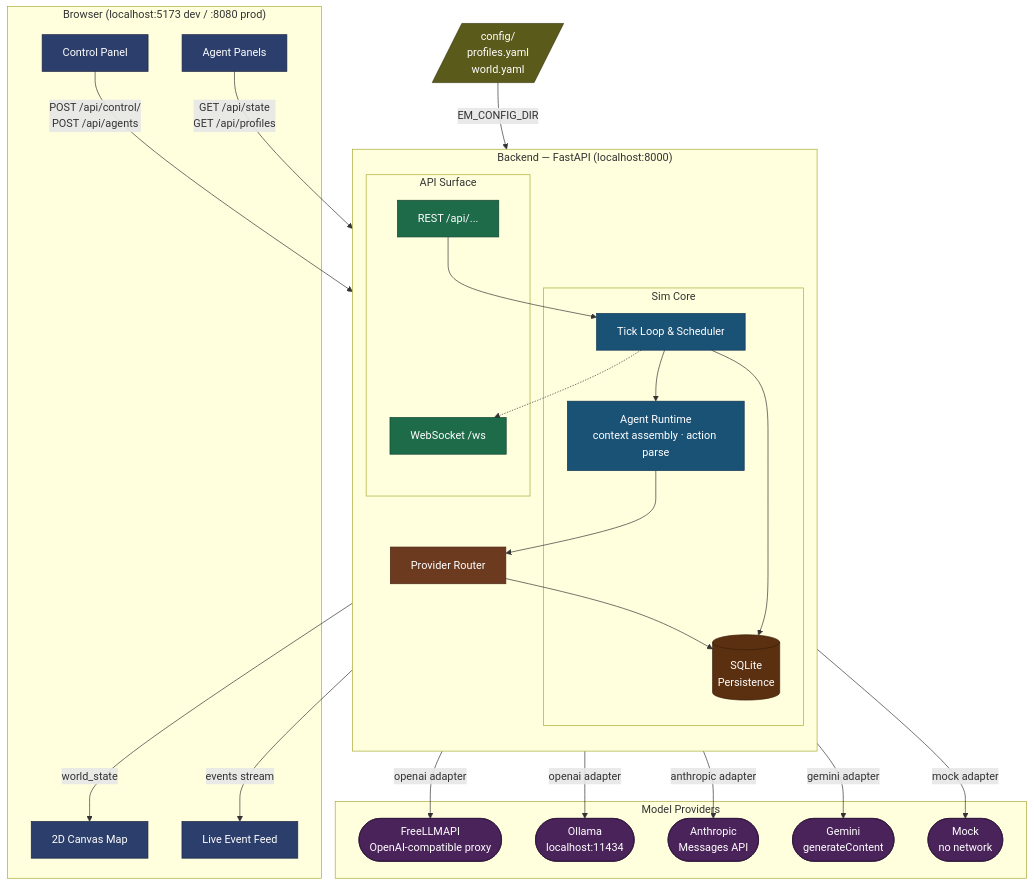
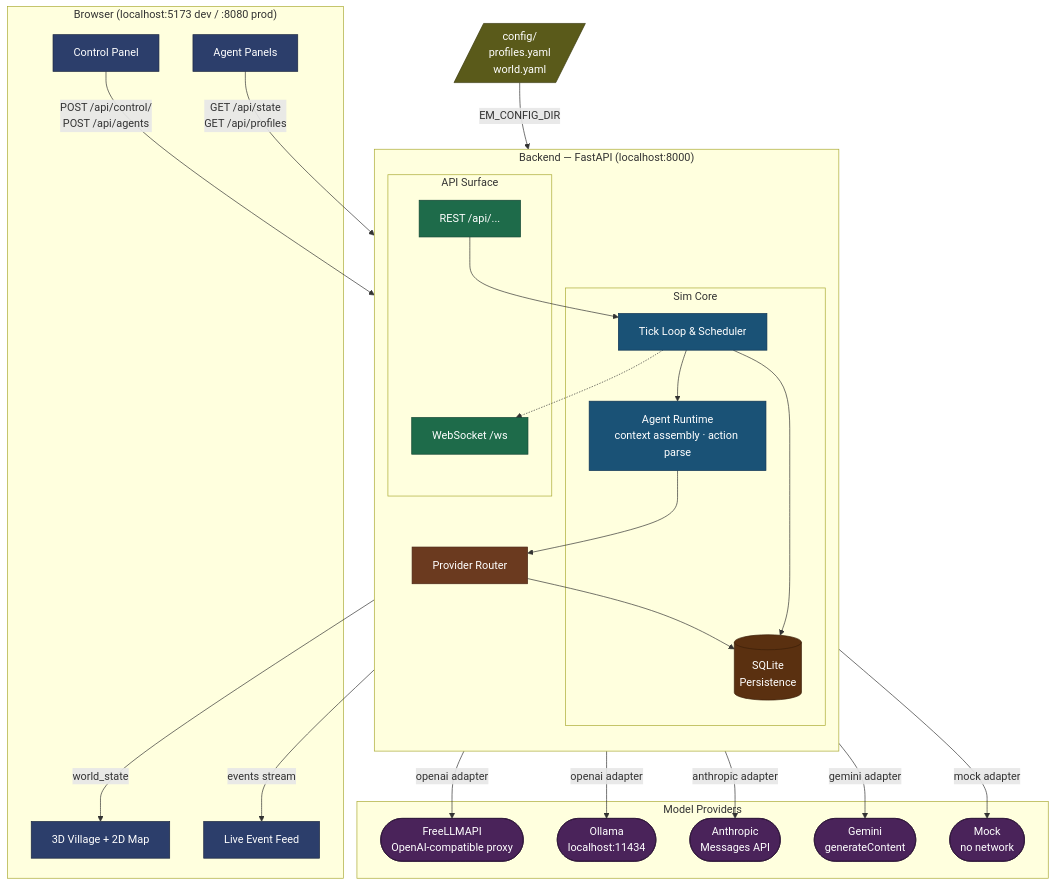
Before and after one commit to ivy00johns/petri-dish-of-madness: the diagram in README.md, drawn with Mermaid. The commit also changed other lines of this file and 14 other files, not shown here.

````diff
--- a/README.md
+++ b/README.md
@@ -11,69 +26,69 @@
 ```mermaid
 flowchart TB
     subgraph browser["Browser (localhost:5173 dev / :8080 prod)"]
-        map[2D Canvas Map]
+        map["3D Village + 2D Map"]
         feed[Live Event Feed]
         panels[Agent Panels]
         controls[Control Panel]
     end
 
     subgraph backend["Backend — FastAPI (localhost:8000)"]
         direction TB
         subgraph core["Sim Core"]
             engine[Tick Loop & Scheduler]
             runtime[Agent Runtime\ncontext assembly · action parse]
             db[(SQLite\nPersistence)]
         end
         subgraph api["API Surface"]
             rest[REST /api/...]
             ws[WebSocket /ws]
         end
         router[Provider Router]
     end
 
     subgraph providers["Model Providers"]
         freellm([FreeLLMAPI\nOpenAI-compatible proxy])
         ollama([Ollama\nlocalhost:11434])
         anthropic([Anthropic\nMessages API])
         gemini([Gemini\ngenerateContent])
         mock([Mock\nno network])
     end
 
     cfg[/"config/\nprofiles.yaml\nworld.yaml"/]
 
     controls -- "POST /api/control/\nPOST /api/agents" --> rest
     panels -- "GET /api/state\nGET /api/profiles" --> rest
     ws -- "events stream" --> feed
     ws -- "world_state" --> map
 
     rest --> engine
     engine --> runtime
     runtime --> router
     router --> db
     engine --> db
     engine -.-> ws
 
     router -- "openai adapter" --> freellm
     router -- "openai adapter" --> ollama
     router -- "anthropic adapter" --> anthropic
     router -- "gemini adapter" --> gemini
     router -- "mock adapter" --> mock
 
     cfg -- "EM_CONFIG_DIR" --> router
 
     classDef ui fill:#2c3e6b,stroke:#1a2540,color:#fff
     classDef core fill:#1a5276,stroke:#0e3352,color:#fff
     classDef apiSurface fill:#1e6b4a,stroke:#114432,color:#fff
     classDef routerNode fill:#6b3a1f,stroke:#4a2515,color:#fff
     classDef provider fill:#4a235a,stroke:#2d1538,color:#fff
     classDef configFile fill:#5a5a1a,stroke:#3a3a10,color:#fff
     classDef dbNode fill:#5a3010,stroke:#3a1e08,color:#fff
 
     class map,feed,panels,controls ui
     class engine,runtime core
     class rest,ws apiSurface
     class router routerNode
     class freellm,ollama,anthropic,gemini,mock provider
     class cfg configFile
     class db dbNode
 ```
````
